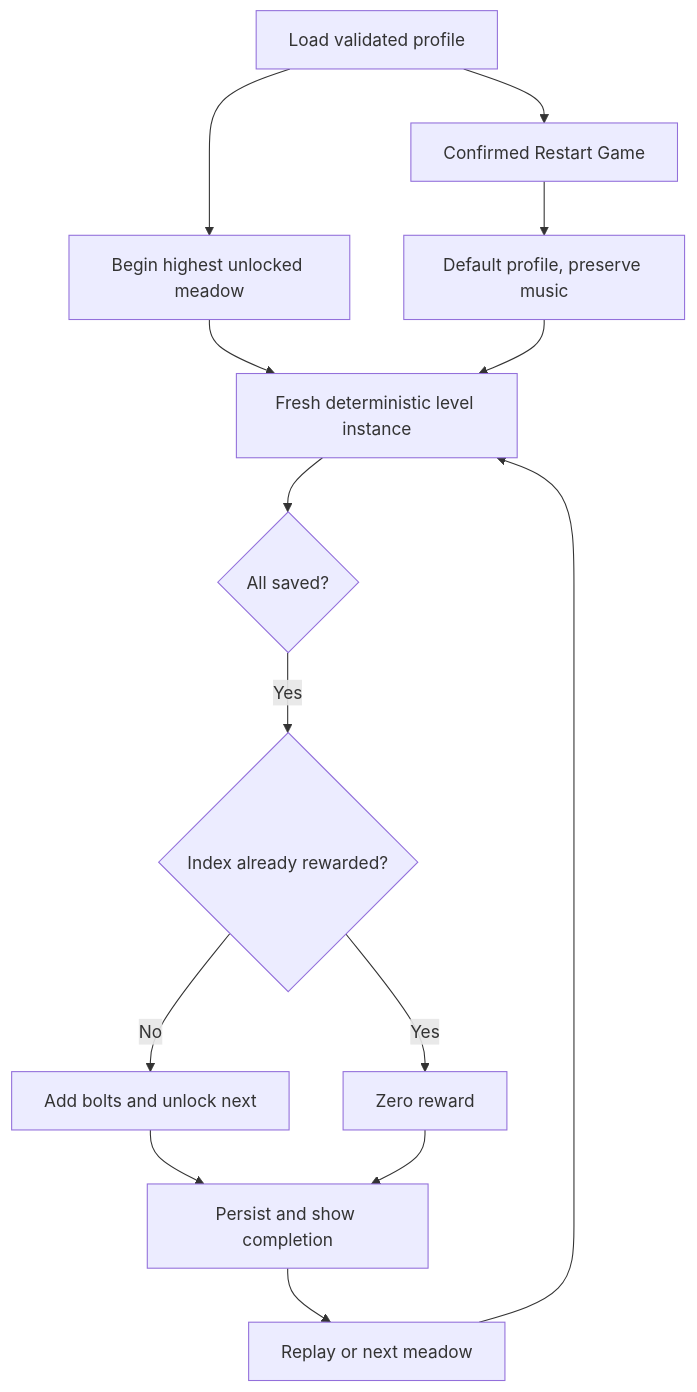
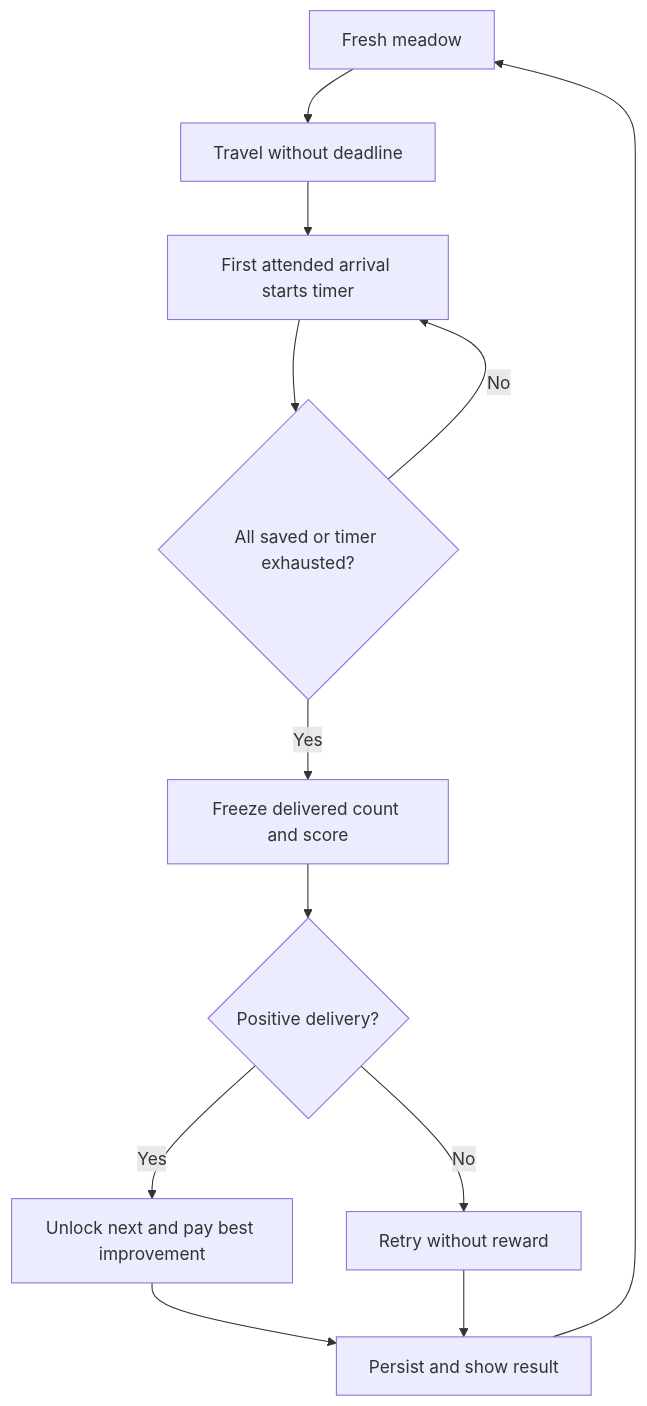
Before and after one commit to novydhillon/Flock: the second of 2 diagrams in docs/systems/GAMEPLAY.md, drawn with Mermaid. The commit also changed other lines of this file and 53 other files, not shown here.

````diff
--- a/docs/systems/GAMEPLAY.md
+++ b/docs/systems/GAMEPLAY.md
@@ -68,16 +72,14 @@
 ```mermaid
 flowchart TD
-  A[Load validated profile] --> B[Begin highest unlocked meadow]
-  B --> C[Fresh deterministic level instance]
-  C --> D{All saved?}
-  D -->|Yes| E{Index already rewarded?}
-  E -->|No| F[Add bolts and unlock next]
-  E -->|Yes| G[Zero reward]
-  F --> H[Persist and show completion]
-  G --> H
-  H --> I[Replay or next meadow]
-  I --> C
-  A --> J[Confirmed Restart Game]
-  J --> K[Default profile, preserve music]
-  K --> C
+  A[Fresh meadow] --> B[Travel without deadline]
+  B --> C[First attended arrival starts timer]
+  C --> D{All saved or timer exhausted?}
+  D -->|No| C
+  D -->|Yes| E[Freeze delivered count and score]
+  E --> F{Positive delivery?}
+  F -->|Yes| G[Unlock next and pay best improvement]
+  F -->|No| H[Retry without reward]
+  G --> I[Persist and show result]
+  H --> I
+  I --> A
 ```
````
